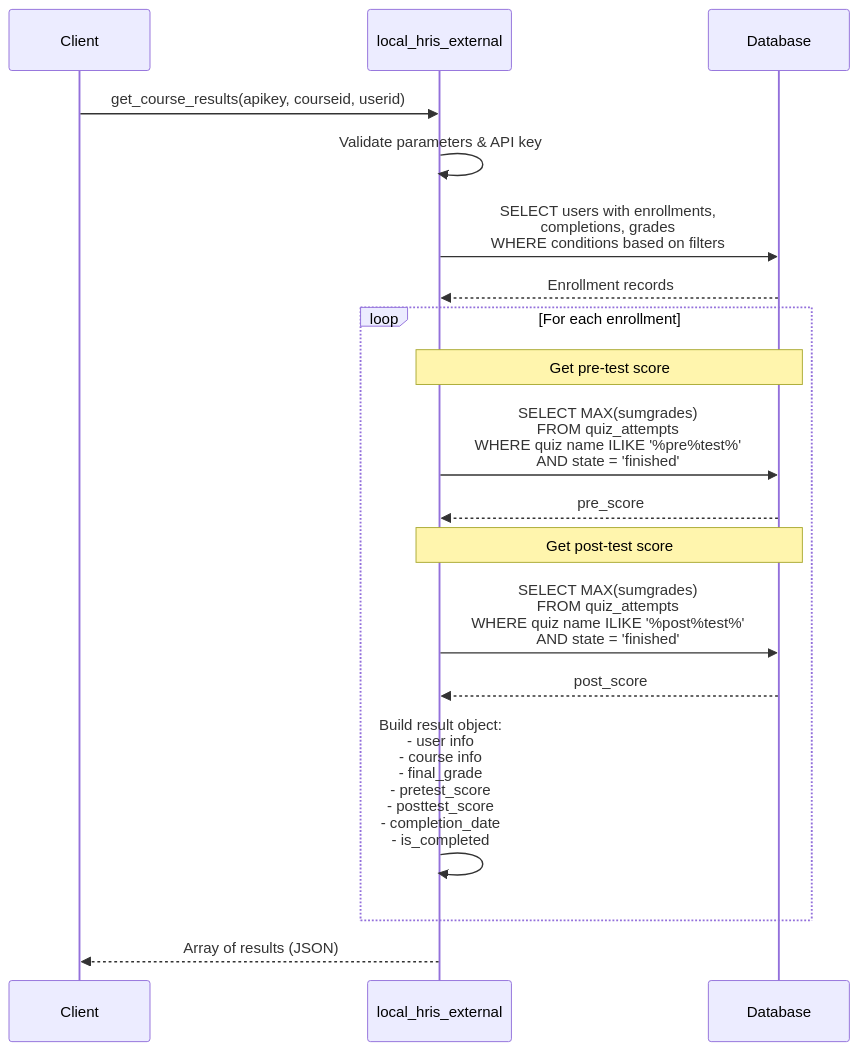
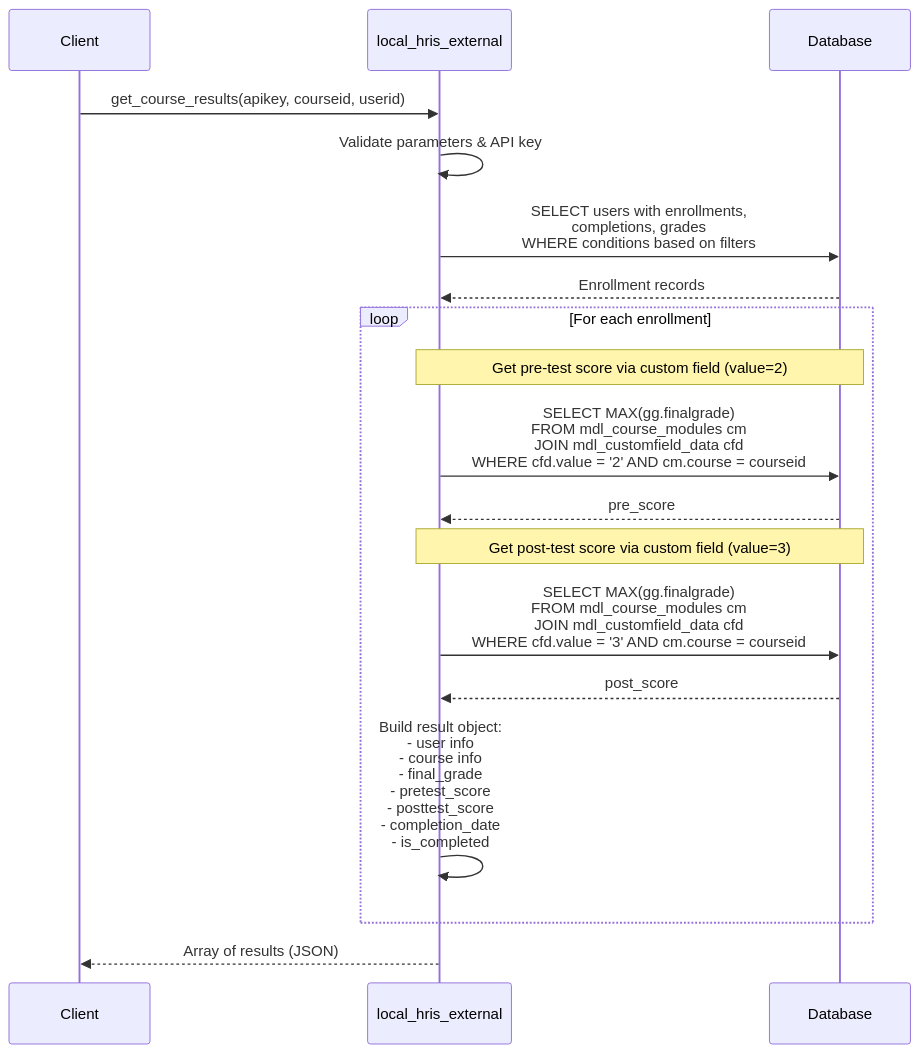
Before and after one commit to toosa/moodle-hris: the seventh of 11 diagrams in DIAGRAMS.md, drawn with Mermaid. The commit also changed other lines of this file and 8 other files, not shown here.

````diff
--- a/DIAGRAMS.md
+++ b/DIAGRAMS.md
@@ -250,28 +250,28 @@
 ```mermaid
 sequenceDiagram
     participant Client
     participant API as local_hris_external
     participant DB as Database
     
     Client->>API: get_course_results(apikey, courseid, userid)
     
     API->>API: Validate parameters & API key
     
     API->>DB: SELECT users with enrollments,<br/>completions, grades<br/>WHERE conditions based on filters
     
     DB-->>API: Enrollment records
     
     loop For each enrollment
-        Note over API,DB: Get pre-test score
-        API->>DB: SELECT MAX(sumgrades)<br/>FROM quiz_attempts<br/>WHERE quiz name ILIKE '%pre%test%'<br/>AND state = 'finished'
+        Note over API,DB: Get pre-test score via custom field (value=2)
+        API->>DB: SELECT MAX(gg.finalgrade)<br/>FROM mdl_course_modules cm<br/>JOIN mdl_customfield_data cfd<br/>WHERE cfd.value = '2' AND cm.course = courseid
         DB-->>API: pre_score
         
-        Note over API,DB: Get post-test score
-        API->>DB: SELECT MAX(sumgrades)<br/>FROM quiz_attempts<br/>WHERE quiz name ILIKE '%post%test%'<br/>AND state = 'finished'
+        Note over API,DB: Get post-test score via custom field (value=3)
+        API->>DB: SELECT MAX(gg.finalgrade)<br/>FROM mdl_course_modules cm<br/>JOIN mdl_customfield_data cfd<br/>WHERE cfd.value = '3' AND cm.course = courseid
         DB-->>API: post_score
         
         API->>API: Build result object:<br/>- user info<br/>- course info<br/>- final_grade<br/>- pretest_score<br/>- posttest_score<br/>- completion_date<br/>- is_completed
     end
     
     API-->>Client: Array of results (JSON)
 ```
````
